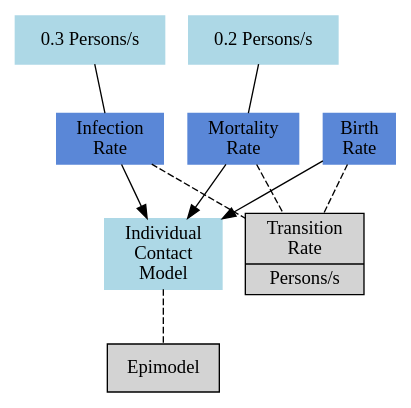
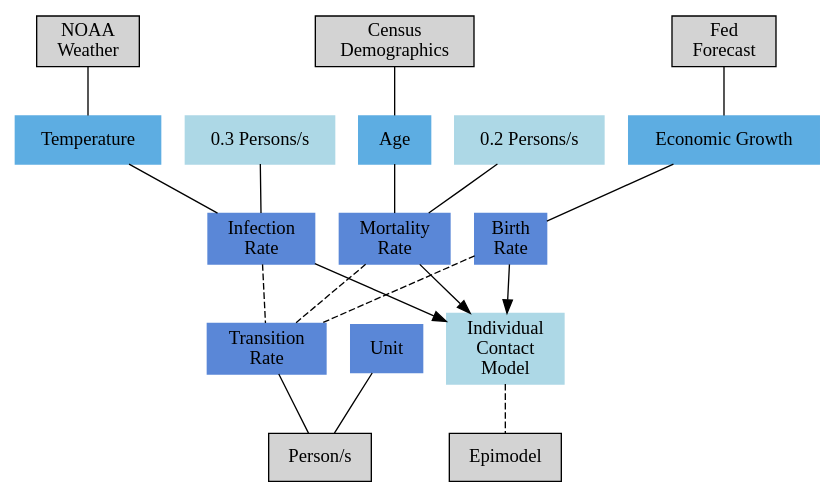
Before and after one commit to jpfairbanks/SemanticModels.jl: the diagram in doc/src/img/knowledgegraph.dot, drawn with Graphviz. The commit also changed 12 other files, not shown here.

```diff
--- a/doc/src/img/knowledgegraph.dot
+++ b/doc/src/img/knowledgegraph.dot
@@ -1,32 +1,53 @@
 digraph G {
   splines=false
   #fontsize=10
   #edge[weight=.2]
   #ratio=0.25
   #scale="10:1"
   #size=5,2
   pack="true"
   #rankdir="LR"
   edge [dir="none"]
   node [shape="record", style="filled"]
   ind -> epi [style="dashed"]
   inf-> ind [dir="right"]
   thirty -> inf
   twenty -> mort
   mort -> ind  [dir="right"]
   mort -> rate [style="dashed"]
   inf -> rate [style="dashed"]
   birth -> rate [style="dashed"]
   birth -> ind [dir="right"]
 
-  
+  rate -> person
+  unit -> person
+
+  fed     [label="Fed\nForecast"]
+  demo    [label="Census\nDemographics"]
+  weather [label="NOAA\nWeather"]
+
+
   epi [label="Epimodel", pos="1,1"]
-  rate [label="{Transition\nRate|Persons/s}"]
+  rate [label="{Transition\nRate}", color="#5a87d7"]
+  unit [label="Unit", color="#5a87d7"]
+  person [label="Person/s", color=""]
   inf [label="Infection\nRate", color="#5a87d7"]
   mort [label="Mortality\nRate", color="#5a87d7"]
   node [color="lightblue"]
   ind [label="Individual\nContact\nModel",color="lightblue", pos="0,1"]
   birth [label="Birth\nRate",color="#5a87d7"]
   twenty [label="0.2 Persons/s", color="lightblue"]
   thirty [label="0.3 Persons/s", color="lightblue"]
+
+  temp [label="Temperature", color="#5DADE2"]
+  age  [label="Age", color="#5DADE2"]
+  dGDP [label="Economic Growth", color="#5DADE2"]
+
+  temp -> inf
+  age -> mort
+  dGDP -> birth
+
+  weather -> temp
+  demo-> age
+  fed -> dGDP
 }
```
